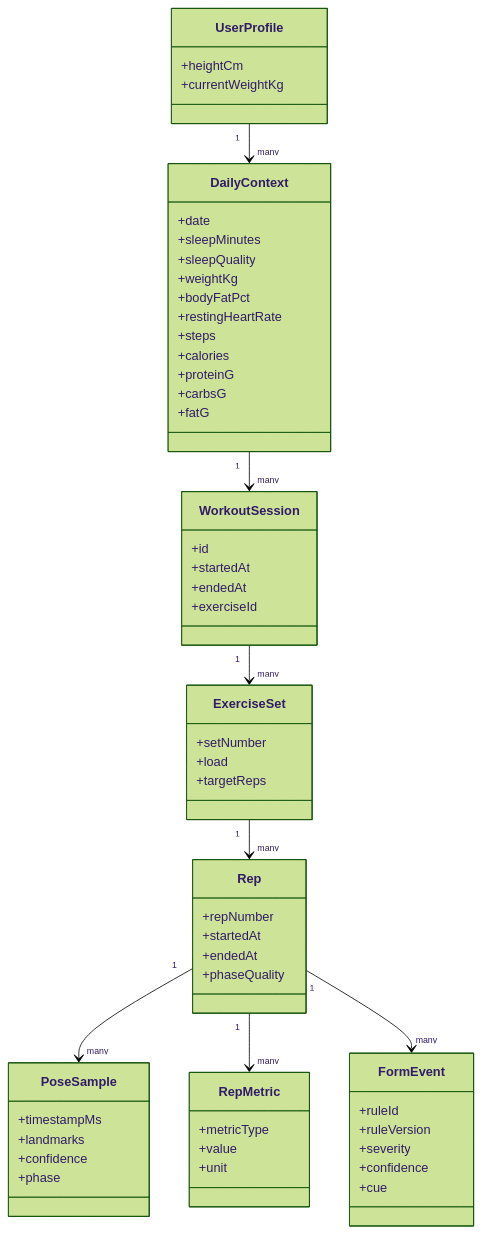
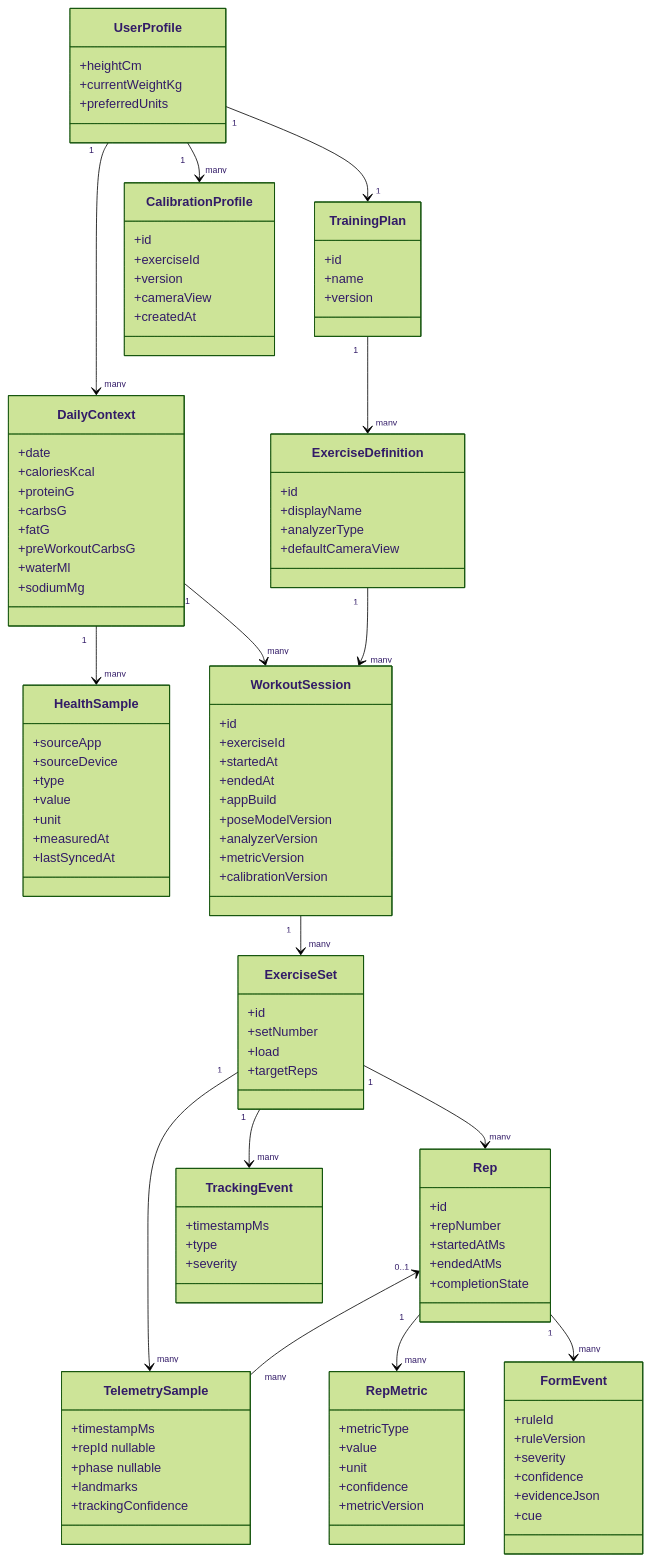
The third of 7 diagrams in docs/uml/OVERVIEW.md (lazerta/gym-buddy), drawn with Mermaid (forest theme) before and after one commit. The commit also changed other lines of this file, not shown here.

Commit message:
Upgrade rendered UML overview to v0.2

````diff
--- a/docs/uml/OVERVIEW.md
+++ b/docs/uml/OVERVIEW.md
@@ -53,53 +53,98 @@
     class UserProfile {
       +heightCm
       +currentWeightKg
+      +preferredUnits
+    }
+
+    class TrainingPlan {
+      +id
+      +name
+      +version
+    }
+
+    class ExerciseDefinition {
+      +id
+      +displayName
+      +analyzerType
+      +defaultCameraView
+    }
+
+    class CalibrationProfile {
+      +id
+      +exerciseId
+      +version
+      +cameraView
+      +createdAt
     }
 
     class DailyContext {
       +date
-      +sleepMinutes
-      +sleepQuality
-      +weightKg
-      +bodyFatPct
-      +restingHeartRate
-      +steps
-      +calories
+      +caloriesKcal
       +proteinG
       +carbsG
       +fatG
+      +preWorkoutCarbsG
+      +waterMl
+      +sodiumMg
+    }
+
+    class HealthSample {
+      +sourceApp
+      +sourceDevice
+      +type
+      +value
+      +unit
+      +measuredAt
+      +lastSyncedAt
     }
 
     class WorkoutSession {
       +id
+      +exerciseId
       +startedAt
       +endedAt
-      +exerciseId
+      +appBuild
+      +poseModelVersion
+      +analyzerVersion
+      +metricVersion
+      +calibrationVersion
     }
 
     class ExerciseSet {
+      +id
       +setNumber
       +load
       +targetReps
     }
 
     class Rep {
+      +id
       +repNumber
-      +startedAt
-      +endedAt
-      +phaseQuality
+      +startedAtMs
+      +endedAtMs
+      +completionState
     }
 
-    class PoseSample {
+    class TelemetrySample {
       +timestampMs
+      +repId nullable
+      +phase nullable
       +landmarks
-      +confidence
-      +phase
+      +trackingConfidence
+    }
+
+    class TrackingEvent {
+      +timestampMs
+      +type
+      +severity
     }
 
     class RepMetric {
       +metricType
       +value
       +unit
+      +confidence
+      +metricVersion
     }
 
     class FormEvent {
@@ -107,14 +152,22 @@
       +ruleVersion
       +severity
       +confidence
+      +evidenceJson
       +cue
     }
 
+    UserProfile "1" --> "1" TrainingPlan
+    TrainingPlan "1" --> "many" ExerciseDefinition
+    UserProfile "1" --> "many" CalibrationProfile
     UserProfile "1" --> "many" DailyContext
+    DailyContext "1" --> "many" HealthSample
     DailyContext "1" --> "many" WorkoutSession
+    ExerciseDefinition "1" --> "many" WorkoutSession
     WorkoutSession "1" --> "many" ExerciseSet
     ExerciseSet "1" --> "many" Rep
-    Rep "1" --> "many" PoseSample
+    ExerciseSet "1" --> "many" TelemetrySample
+    ExerciseSet "1" --> "many" TrackingEvent
+    Rep "0..1" <-- "many" TelemetrySample
     Rep "1" --> "many" RepMetric
     Rep "1" --> "many" FormEvent
 ```
````
